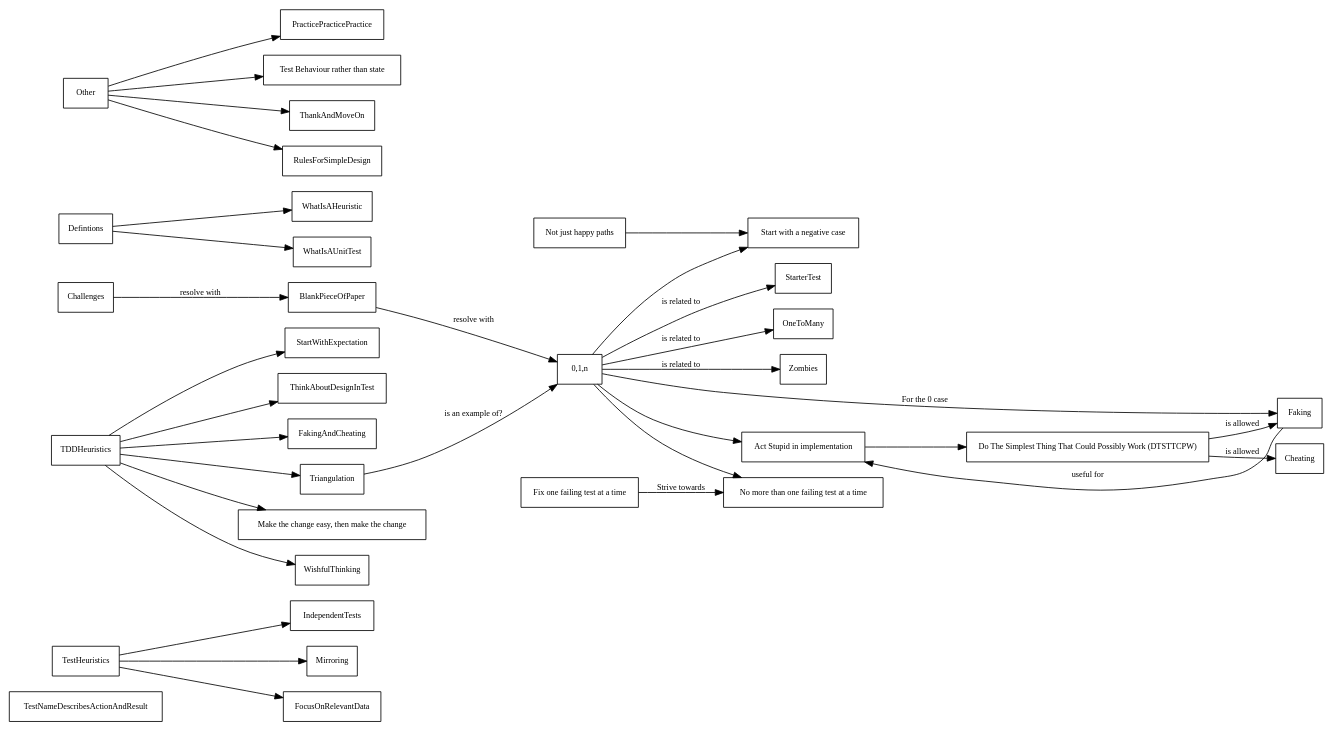
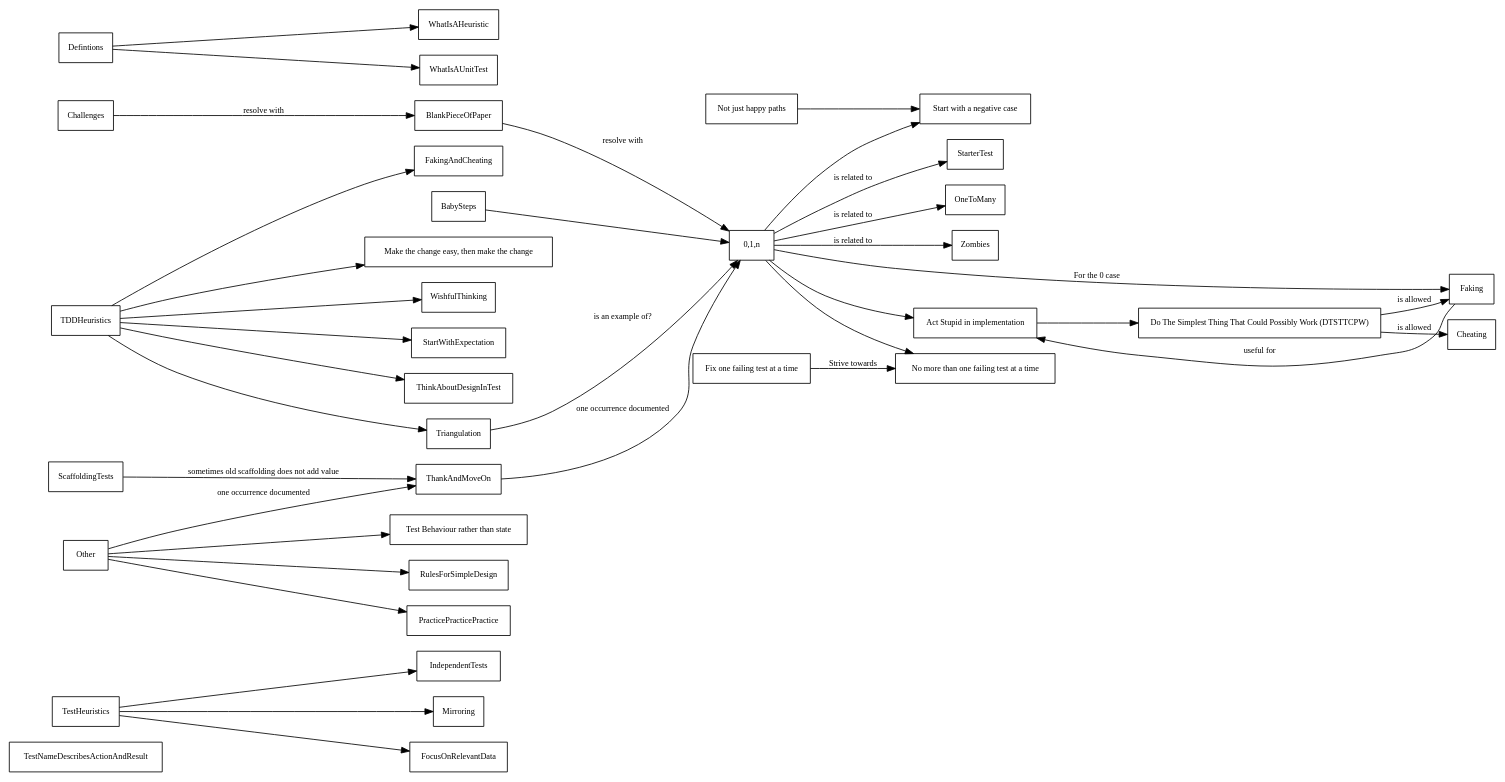
The diagram in _drafts/tdd-heuristics-relations.org (qwaneu/qwaneu.github.io), drawn with Graphviz before and after one commit. The commit also changed 1 other file, not shown here.

Commit message:
zero one n

```diff
--- a/_drafts/tdd-heuristics-relations.org
+++ b/_drafts/tdd-heuristics-relations.org
@@ -5,54 +5,56 @@
 #+begin_src dot :file tdd-heuristics-dependencies.png :cmdline -Tpng :exports none
 digraph G {
   rankdir="LR"
   graph [fontsize=10 fontname="Verdana"];
   node [shape=record fontsize=10 fontname="Verdana"];
   edge [fontsize=10 fontname="Verdana"];
 
   subgraph TestHeuristics {
     TestNameDescribesActionAndResult
     TestHeuristics -> IndependentTests
     TestHeuristics -> Mirroring
     TestHeuristics -> FocusOnRelevantData
   }
   ActStupid [label="Act Stupid in implementation" ]
   ActStupid -> DTSTTCPW
   Faking -> ActStupid  [label="useful for" ]
   DTSTTCPW -> Faking [label="is allowed"]
   DTSTTCPW -> Cheating [label="is allowed"]
   DTSTTCPW [label="Do The Simplest Thing That Could Possibly Work (DTSTTCPW)"]
   ZeroOneN [label="0,1,n"]
   ZeroOneN -> Faking [label="For the 0 case"]
   ZeroOneN -> ActStupid
   ZeroOneN -> "Start with a negative case"
   "Not just happy paths" -> "Start with a negative case"
   Challenges -> BlankPieceOfPaper -> ZeroOneN [label="resolve with"]
   ZeroOneN -> StarterTest [label="is related to"]
   ZeroOneN -> OneToMany [label="is related to"]
   ZeroOneN -> Zombies [label="is related to"]
   Triangulation -> ZeroOneN [label="is an example of?"]
   TDDHeuristics ->  MakeTheChangeEasy
   MakeTheChangeEasy [label="Make the change easy, then make the change"]
   WhatIsAHeuristic
   OneFailingTestMax [label ="No more than one failing test at a time"]
   FixOneFailingTestAtATime [label = "Fix one failing test at a time"]
   ZeroOneN -> OneFailingTestMax
   FixOneFailingTestAtATime -> OneFailingTestMax [label="Strive towards"]
   IndependentTests
   Other -> PracticePracticePractice
   FocusOnRelevantData
   WhatIsAUnitTest
+  BabySteps -> ZeroOneN
   Defintions -> WhatIsAUnitTest
   Defintions -> WhatIsAHeuristic
   Other -> TestBehaviour
   TestBehaviour [label="Test Behaviour rather than state"]
-  Other -> ThankAndMoveOn
+  Other -> ThankAndMoveOn -> ZeroOneN [label="one occurrence documented"]
+  ScaffoldingTests -> ThankAndMoveOn [label="sometimes old scaffolding does not add value"]
   Other -> RulesForSimpleDesign
   TDDHeuristics -> WishfulThinking
   TDDHeuristics -> StartWithExpectation
   TDDHeuristics -> ThinkAboutDesignInTest
   TDDHeuristics -> Triangulation
   TDDHeuristics -> FakingAndCheating
 }
 
 #+end_src
```
